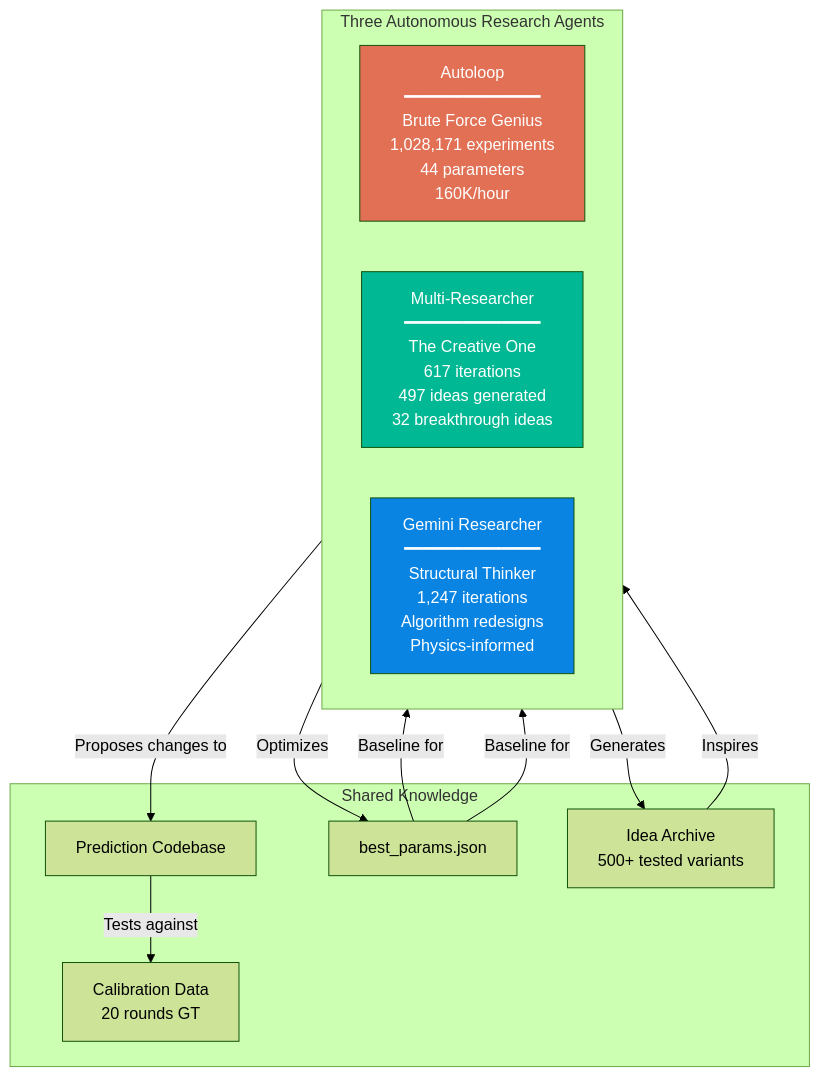
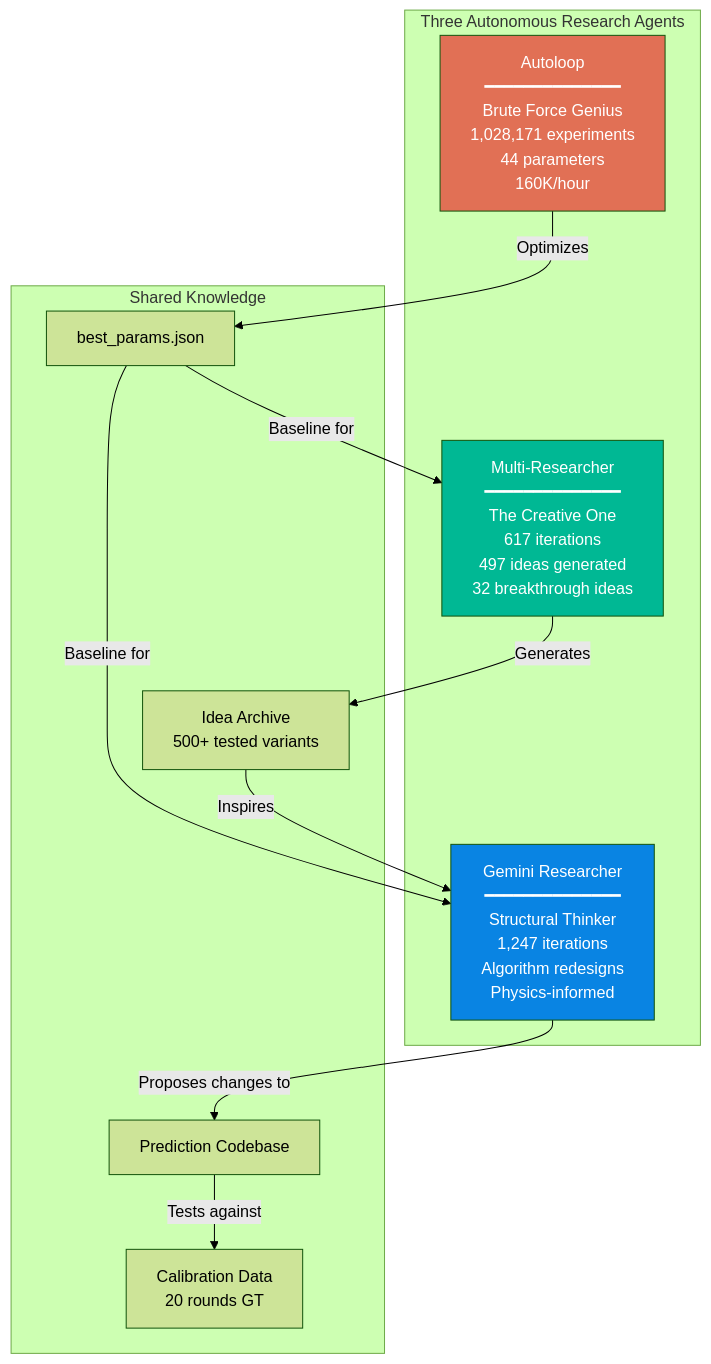
One commit to dagthomas/Synthetic_Synapses_NMIAI changed the second of 11 diagrams in dagthomas/astar-island-solution/AUTO_RESEARCH.md. Above: the diagram before and after it, drawn with Mermaid (forest theme). The commit also changed other lines of this file and 2 other files, not shown here.

````diff
--- a/dagthomas/astar-island-solution/AUTO_RESEARCH.md
+++ b/dagthomas/astar-island-solution/AUTO_RESEARCH.md
@@ -74,28 +74,27 @@
 ```mermaid
 graph TB
     subgraph Agents["Three Autonomous Research Agents"]
-        direction LR
         AL["Autoloop<br/>━━━━━━━━━━━━━━<br/>Brute Force Genius<br/>1,028,171 experiments<br/>44 parameters<br/>160K/hour"]
         MR["Multi-Researcher<br/>━━━━━━━━━━━━━━<br/>The Creative One<br/>617 iterations<br/>497 ideas generated<br/>32 breakthrough ideas"]
         GR["Gemini Researcher<br/>━━━━━━━━━━━━━━<br/>Structural Thinker<br/>1,247 iterations<br/>Algorithm redesigns<br/>Physics-informed"]
     end
 
     subgraph Shared["Shared Knowledge"]
         CODE[Prediction Codebase]
         PARAMS[best_params.json]
         IDEAS[Idea Archive<br/>500+ tested variants]
         CAL[Calibration Data<br/>20 rounds GT]
     end
 
     AL -->|Optimizes| PARAMS
     MR -->|Generates| IDEAS
     GR -->|Proposes changes to| CODE
     PARAMS -->|Baseline for| MR
     PARAMS -->|Baseline for| GR
     IDEAS -->|Inspires| GR
     CODE -->|Tests against| CAL
 
     style AL fill:#e17055,color:#fff
     style MR fill:#00b894,color:#fff
     style GR fill:#0984e3,color:#fff
 ```
````
